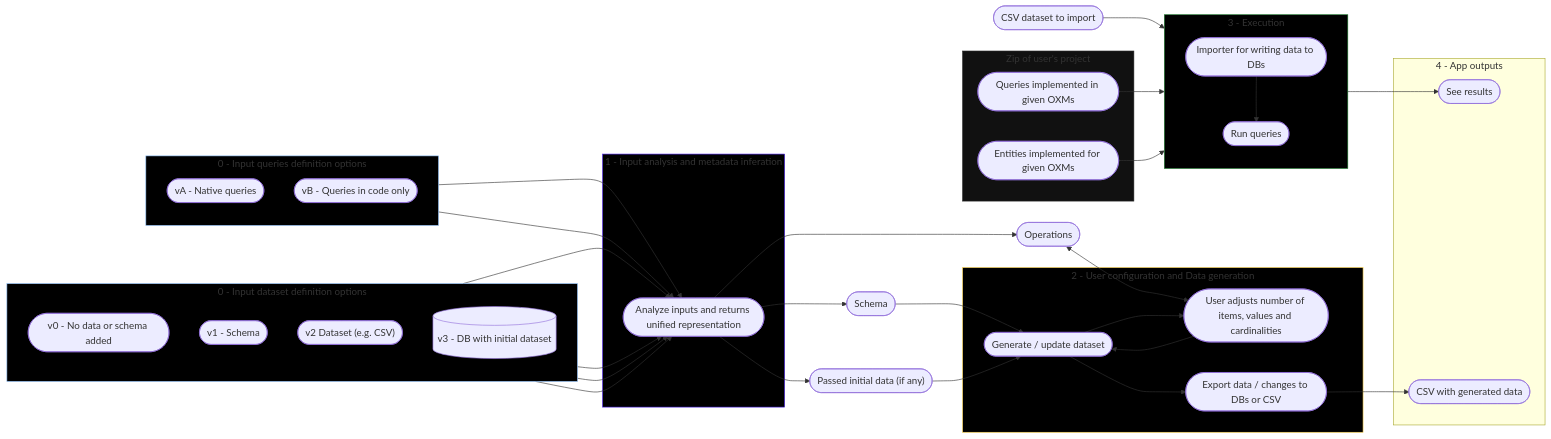
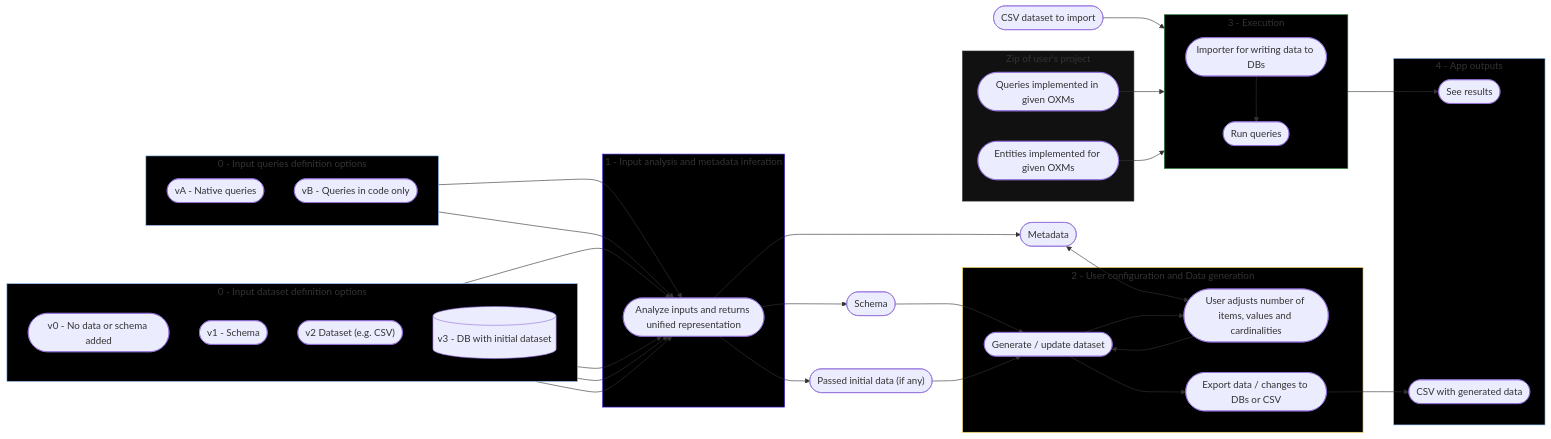
One commit to SimekJan/oxm-benchmark changed the diagram in docs/FLOW.md. Above: the diagram before and after it, drawn with Mermaid.

Commit message:
Update Flow chart to match new architecture

````diff
--- a/docs/FLOW.md
+++ b/docs/FLOW.md
@@ -1,81 +1,82 @@
 ```mermaid
 
 flowchart LR
     subgraph INPUTS_DATASET["0 - Input dataset definition options"]
         direction TD
         NOTHING(["v0 - No data or schema added"])
         SCHEMA(["v1 - Schema"])
         DATASET(["v2 Dataset (e.g. CSV)"])
         READONLY_DATABASE[("v3 - DB with initial dataset")]
     end
 
     subgraph INPUTS_QUERIES["0 - Input queries definition options"]
         direction TD
         QUERIES(["vA - Native queries"])
         CODE_QUERIES(["vB - Queries in code only"])
     end
 
     INFERRED_SCHEMA(["Schema"])
-    INFERRED_OPERATIONS(["Operations"])
+    INFERRED_METADATA(["Metadata"])
     INITIAL_DATA(["Passed initial data (if any)"])
     SCHEMA_ANALYSER --> INFERRED_SCHEMA
-    SCHEMA_ANALYSER --> INFERRED_OPERATIONS
+    SCHEMA_ANALYSER --> INFERRED_METADATA
     SCHEMA_ANALYSER --> INITIAL_DATA
 
     subgraph SCHEMA_INFER["1 - Input analysis and metadata inferation"]
         SCHEMA_ANALYSER(["Analyze inputs and returns unified representation"])
     end
 
     NOTHING --> SCHEMA_ANALYSER
     SCHEMA --> SCHEMA_ANALYSER
     DATASET --> SCHEMA_ANALYSER
     READONLY_DATABASE --> SCHEMA_ANALYSER
     QUERIES --> SCHEMA_ANALYSER
     CODE_QUERIES --> SCHEMA_ANALYSER
 
     INFERRED_SCHEMA --> GENERATE
     INITIAL_DATA --> GENERATE
-    INFERRED_OPERATIONS <--> ADJUST
+    INFERRED_METADATA <--> ADJUST
 
     subgraph ZIP_PROJECT["Zip of user's project"]
         QUERIES_IN_CODE([Queries implemented in given OXMs])
         ENTITIES_IN_CODE([Entities implemented for given OXMs])
     end
 
     subgraph CONFIG["2 - User configuration and Data generation"]
         ADJUST(["User adjusts number of items, values and cardinalities"])
         GENERATE(["Generate / update dataset"])
         EXPORT(["Export data / changes to DBs or CSV"])
         ADJUST --> GENERATE
         GENERATE --> ADJUST 
         GENERATE --> EXPORT
     end
 
     subgraph EXECUTION["3 - Execution"]
         direction TD
         RUN(["Run queries"])
         IMPORTER(["Importer for writing data to DBs"])
     end
 
     subgraph OUTPUTS["4 - App outputs"]
         RESULTS(["See results"])
         RESULT_DATASET(["CSV with generated data"])
     end
 
     EXPORT --> RESULT_DATASET
     GENERATED_DATASET(["CSV dataset to import"]) --> IMPORTER
     IMPORTER --> RUN
     RUN --> RESULTS
     QUERIES_IN_CODE --> RUN
     ENTITIES_IN_CODE --> IMPORTER
 
     classDef input fill: #DBEAFE, stroke: #2563EB, color: #1E3A8A
     classDef init fill: #EDE9FE, stroke: #7C3AED, color: #4C1D95
     classDef config fill: #222222, stroke: #D97706, color: #78350F
     style INPUTS_DATASET fill: #000000, stroke: #93C5FD
     style INPUTS_QUERIES fill: #000000, stroke: #93C5FD
     style SCHEMA_INFER fill: #000000, stroke: #5027f1
     style CONFIG fill: #000000, stroke: #FCD34D
     style EXECUTION fill: #000000, stroke: #197629
+    style OUTPUTS fill: #000000, stroke: #93C5FD
     style ZIP_PROJECT fill: #111111, stroke: #222222
 ```
````
